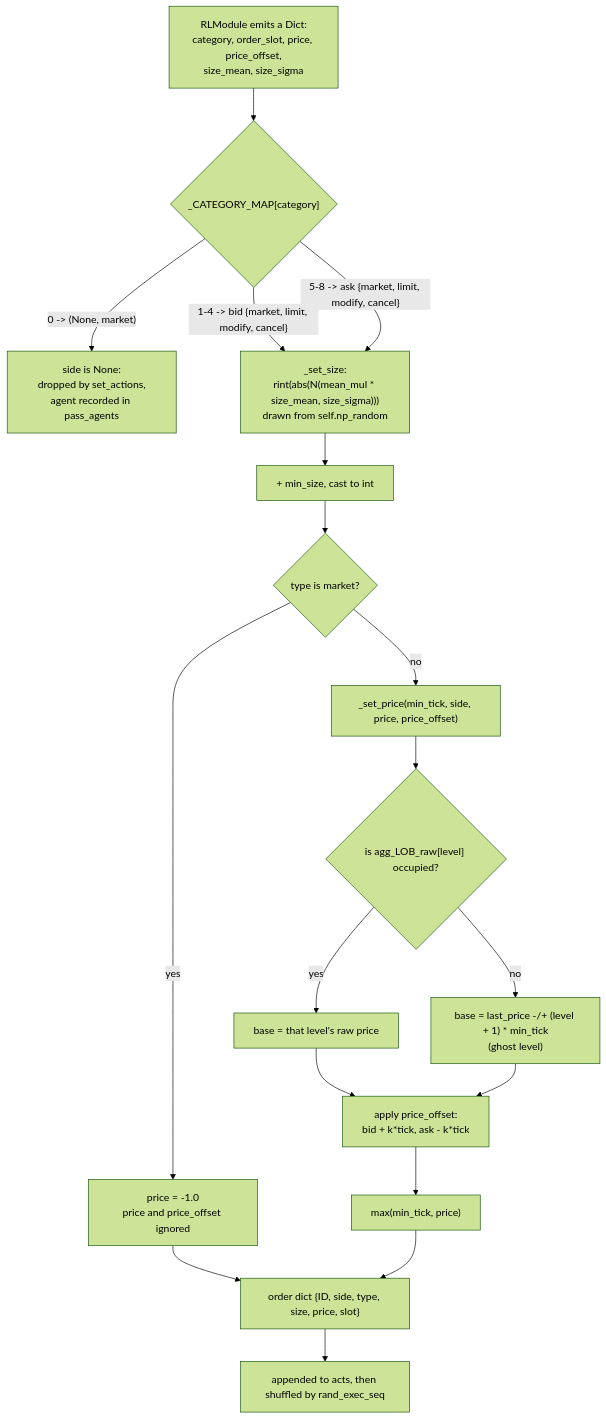
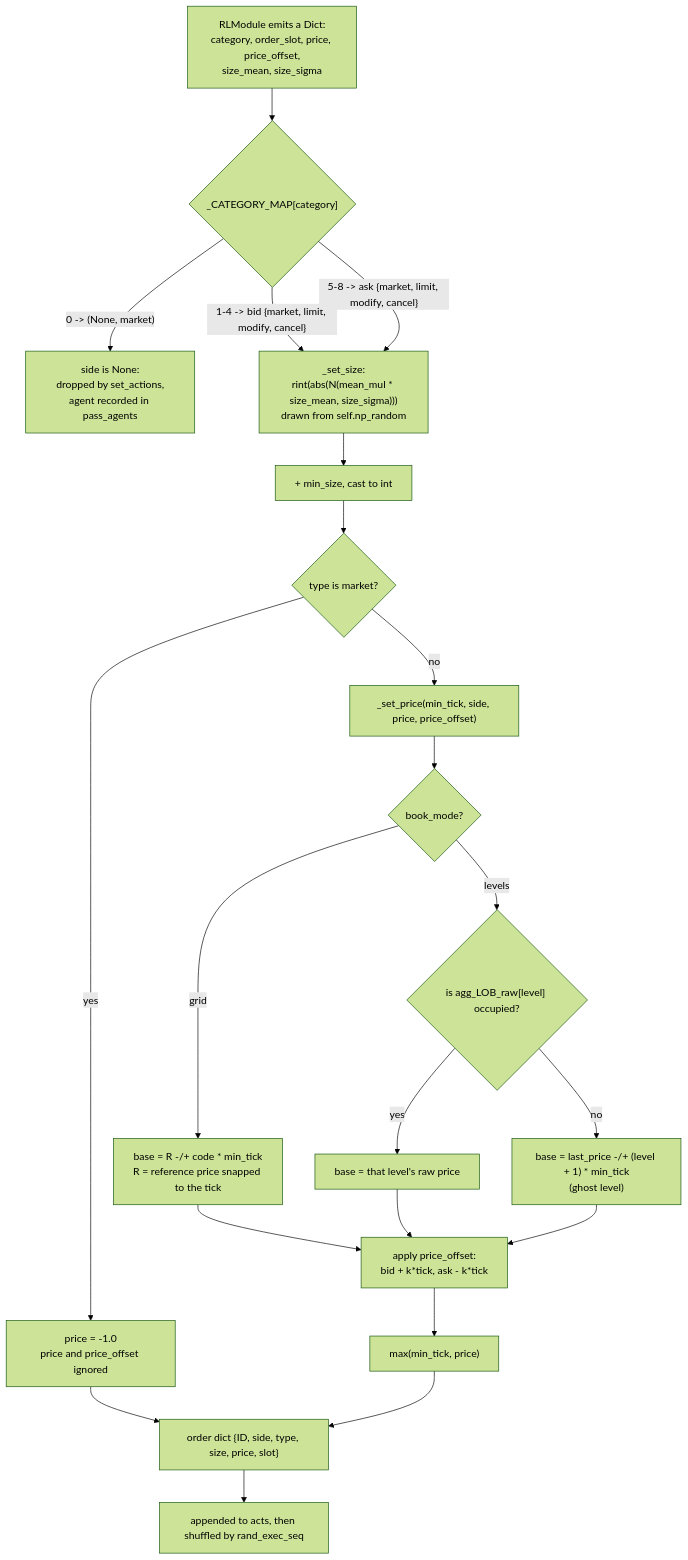
The diagram in doc/06_action_space.md (ChuaCheowHuan/gym-continuousDoubleAuction), drawn with Mermaid (forest theme) before and after one commit. The commit also changed other lines of this file and 40 other files, not shown here.

````diff
--- a/doc/06_action_space.md
+++ b/doc/06_action_space.md
@@ -34,23 +34,26 @@
 ```mermaid
 flowchart TD
     NN["RLModule emits a Dict:<br/>category, order_slot, price, price_offset,<br/>size_mean, size_sigma"] --> CAT{"_CATEGORY_MAP[category]"}
     CAT -->|"0 -> (None, market)"| PASS["side is None:<br/>dropped by set_actions,<br/>agent recorded in pass_agents"]
     CAT -->|"1-4 -> bid {market, limit, modify, cancel}"| SIZE
     CAT -->|"5-8 -> ask {market, limit, modify, cancel}"| SIZE
 
     SIZE["_set_size:<br/>rint(abs(N(mean_mul * size_mean, size_sigma)))<br/>drawn from self.np_random"] --> PLUS["+ min_size, cast to int"]
     PLUS --> TYPE{"type is market?"}
     TYPE -->|"yes"| MKT["price = -1.0<br/>price and price_offset ignored"]
     TYPE -->|"no"| PR["_set_price(min_tick, side, price, price_offset)"]
 
-    PR --> LVL{"is agg_LOB_raw[level] occupied?"}
+    PR --> MODE{"book_mode?"}
+    MODE -->|"grid"| GRID["base = R -/+ code * min_tick<br/>R = reference price snapped to the tick"]
+    MODE -->|"levels"| LVL{"is agg_LOB_raw[level] occupied?"}
     LVL -->|"yes"| REAL["base = that level's raw price"]
     LVL -->|"no"| GHOST["base = last_price -/+ (level + 1) * min_tick<br/>(ghost level)"]
-    REAL --> OFF["apply price_offset:<br/>bid + k*tick, ask - k*tick"]
+    GRID --> OFF["apply price_offset:<br/>bid + k*tick, ask - k*tick"]
+    REAL --> OFF
     GHOST --> OFF
     OFF --> CLAMP["max(min_tick, price)"]
 
     MKT --> OUT["order dict {ID, side, type, size, price, slot}"]
     CLAMP --> OUT
     OUT --> QUEUE["appended to acts, then shuffled by rand_exec_seq"]
 ```
````
